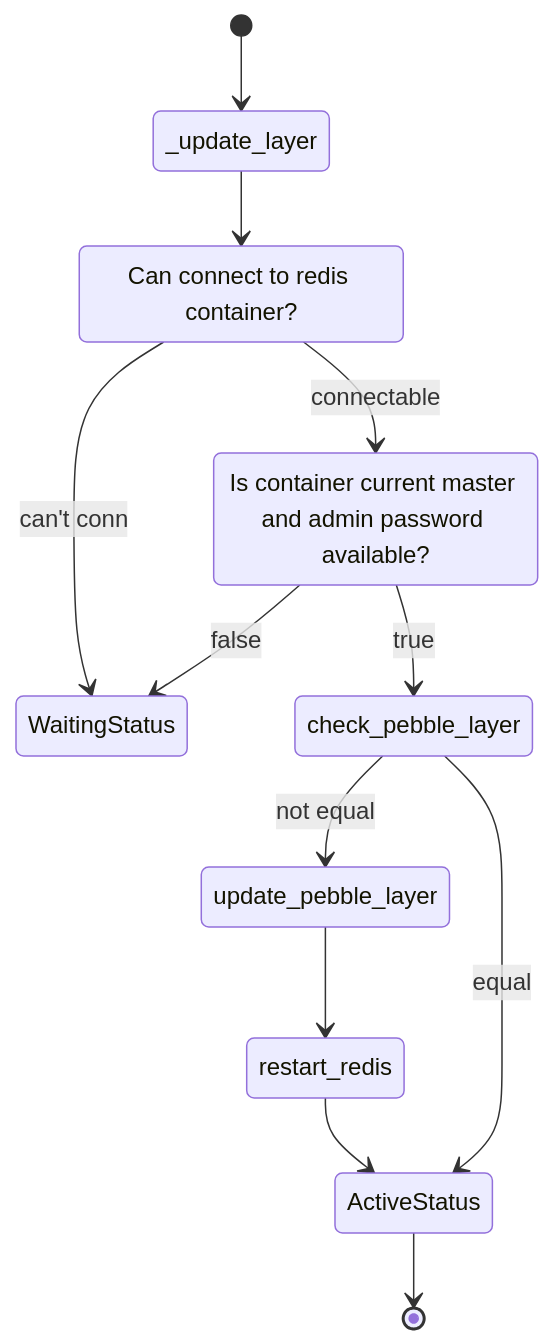
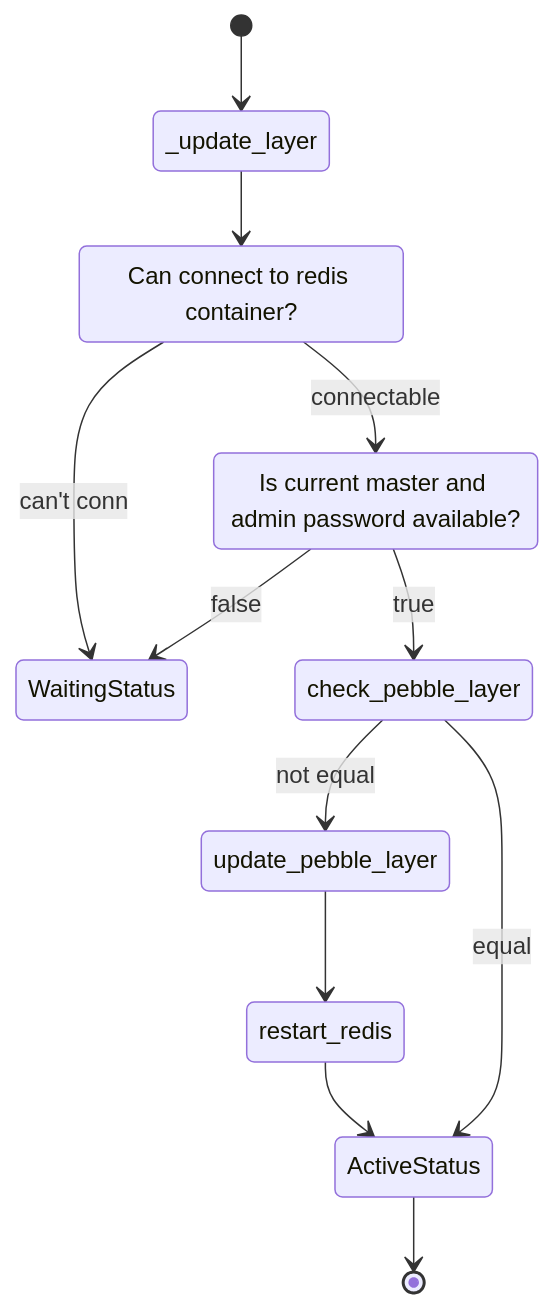
Before and after one commit to jneo8/juju-guides: the second of 4 diagrams in tutorial-operator-charm/deployment.md, drawn with Mermaid. The commit also changed other lines of this file, not shown here.

Commit message:
docs(deployment.md): Add sentinel source code and mermaid diagram

````diff
--- a/tutorial-operator-charm/deployment.md
+++ b/tutorial-operator-charm/deployment.md
@@ -301,21 +301,21 @@
 ```mermaid
 stateDiagram-v2
 
     state "Can connect to redis container?" as if_can_conn_redis_container
-    state "Is container current master and admin password available?" as if_peer_databag_available
+    state "Is current master and admin password available?" as if_peer_databag_available
 
     [*] --> _update_layer
     _update_layer --> if_can_conn_redis_container
 
     if_can_conn_redis_container --> WaitingStatus: can't conn
     if_can_conn_redis_container --> if_peer_databag_available: connectable
     if_peer_databag_available --> WaitingStatus: false
     if_peer_databag_available --> check_pebble_layer: true
 
     check_pebble_layer --> update_pebble_layer: not equal
     update_pebble_layer --> restart_redis
     restart_redis --> ActiveStatus
     check_pebble_layer --> ActiveStatus: equal
     ActiveStatus --> [*]
 
 ```
````
